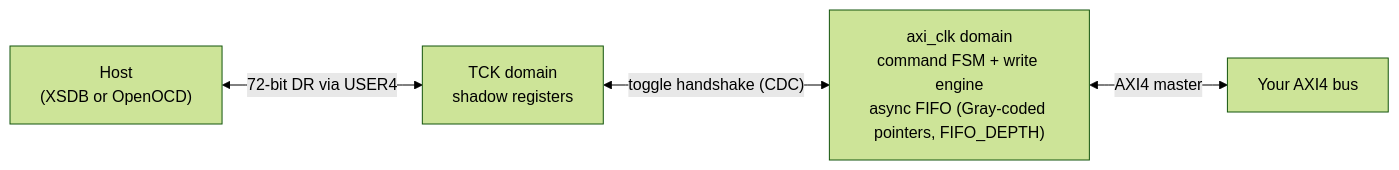
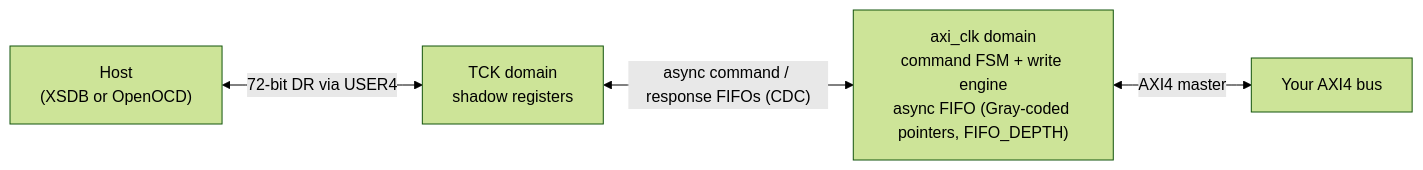
One commit to lcapossio/fpgacapZero changed the diagram in docs/07_ejtag_axi_bridge.md. Above: the diagram before and after it, drawn with Mermaid (forest theme). The commit also changed other lines of this file and 6 other files, not shown here.

````diff
--- a/docs/07_ejtag_axi_bridge.md
+++ b/docs/07_ejtag_axi_bridge.md
@@ -62,6 +62,6 @@
 ```mermaid
 flowchart LR
     host["Host<br>(XSDB or OpenOCD)"] <-->|"72-bit DR via USER4"| tck["TCK domain<br>shadow registers"]
-    tck <-->|"toggle handshake (CDC)"| axi["axi_clk domain<br>command FSM + write engine<br>async FIFO (Gray-coded pointers, FIFO_DEPTH)"]
+    tck <-->|"async command / response FIFOs (CDC)"| axi["axi_clk domain<br>command FSM + write engine<br>async FIFO (Gray-coded pointers, FIFO_DEPTH)"]
     axi <-->|"AXI4 master"| bus["Your AXI4 bus"]
 ```
````
